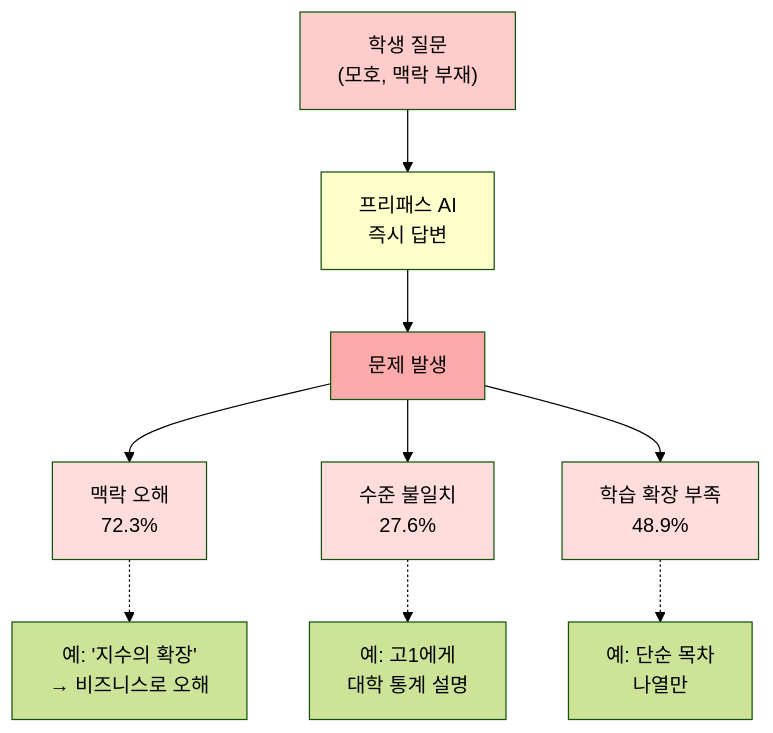
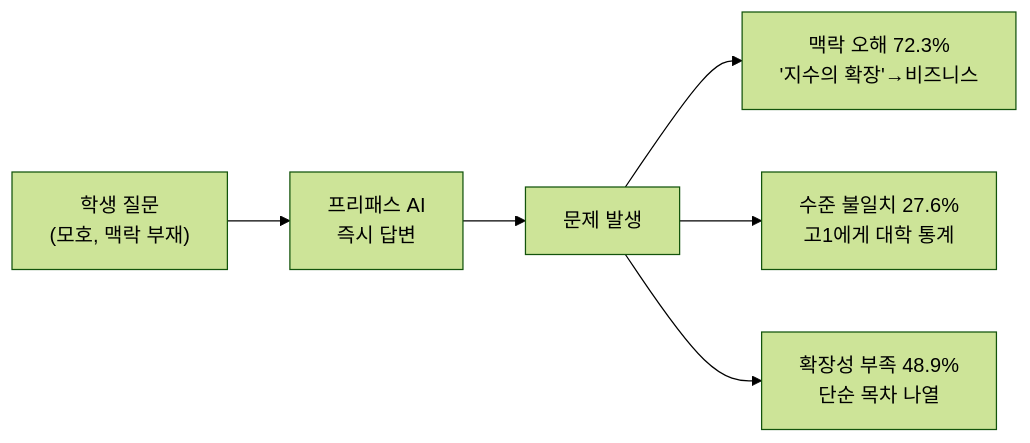
The first of 2 diagrams in docs/chapters/01-introduction.md (KimKyuBong/maice-paper-deploy), drawn with Mermaid (forest theme) before and after one commit. The commit also changed other lines of this file, not shown here.

````diff
--- a/docs/chapters/01-introduction.md
+++ b/docs/chapters/01-introduction.md
@@ -164,20 +164,9 @@
 ```mermaid
-flowchart TD
+flowchart LR
     A["학생 질문<br/>(모호, 맥락 부재)"] --> B["프리패스 AI<br/>즉시 답변"]
     B --> C["문제 발생"]
     
-    C --> D1["맥락 오해<br/>72.3%"]
-    C --> D2["수준 불일치<br/>27.6%"]
-    C --> D3["학습 확장 부족<br/>48.9%"]
-    
-    D1 -.-> E1["예: '지수의 확장'<br/>→ 비즈니스로 오해"]
-    D2 -.-> E2["예: 고1에게<br/>대학 통계 설명"]
-    D3 -.-> E3["예: 단순 목차<br/>나열만"]
-    
-    style A fill:#ffcccc
-    style B fill:#ffffcc
-    style C fill:#ffaaaa
-    style D1 fill:#ffdddd
-    style D2 fill:#ffdddd
-    style D3 fill:#ffdddd
+    C --> D1["맥락 오해 72.3%<br/>'지수의 확장'→비즈니스"]
+    C --> D2["수준 불일치 27.6%<br/>고1에게 대학 통계"]
+    C --> D3["확장성 부족 48.9%<br/>단순 목차 나열"]
 ```
````
